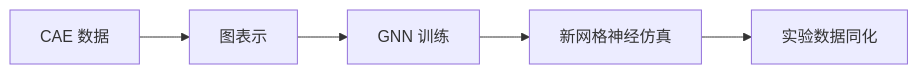
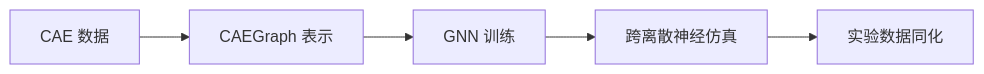
Before and after one commit to XYChouMian/caegraph: the diagram in docs/docs/index.md, drawn with Mermaid. The commit also changed other lines of this file and 19 other files, not shown here.

Commit message:
docs(architecture): migrate documents to CAEGraph canonical representation

````diff
--- a/docs/docs/index.md
+++ b/docs/docs/index.md
@@ -7,4 +7,4 @@
 ```mermaid
 flowchart LR
-    A[CAE 数据] --> B[图表示] --> C[GNN 训练] --> D[新网格神经仿真] --> E[实验数据同化]
+    A[CAE 数据] --> B[CAEGraph 表示] --> C[GNN 训练] --> D[跨离散神经仿真] --> E[实验数据同化]
 ```
````
